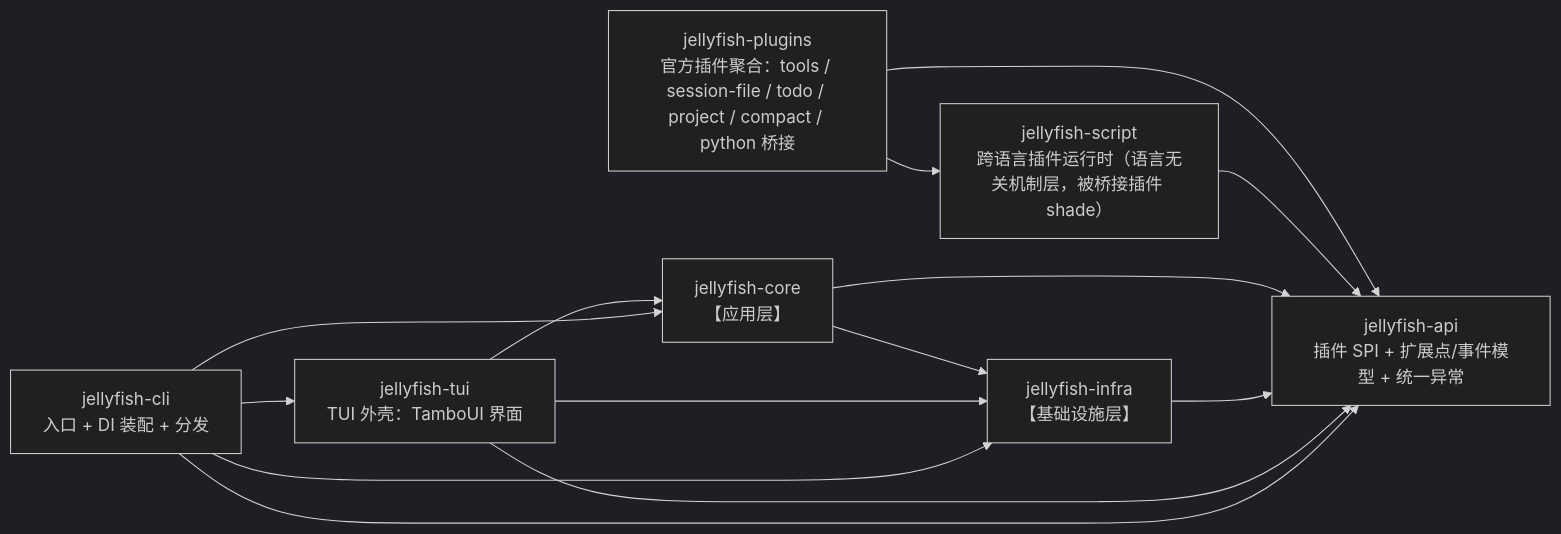
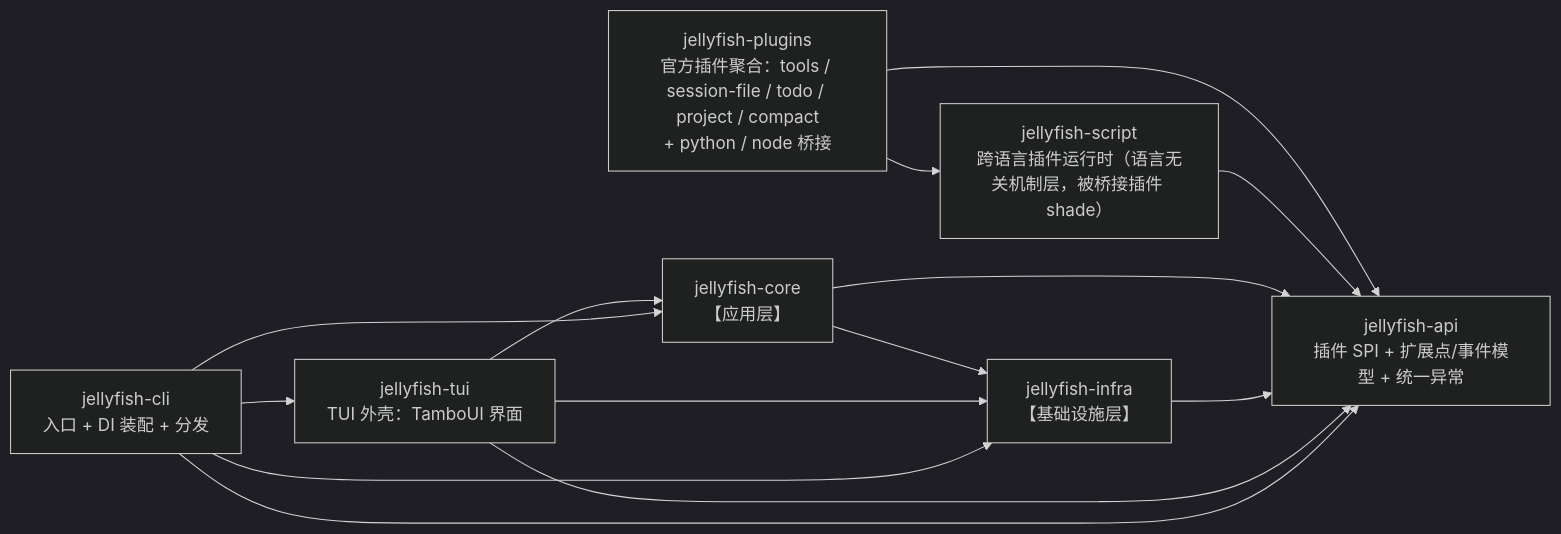
Before and after one commit to zcd0831/Jellyfish: the second of 2 diagrams in AGENTS.md, drawn with Mermaid (dark theme). The commit also changed other lines of this file and 3 other files, not shown here.

````diff
--- a/AGENTS.md
+++ b/AGENTS.md
@@ -175,24 +175,24 @@
 ```mermaid
 flowchart LR
     API["jellyfish-api<br>插件 SPI + 扩展点/事件模型 + 统一异常"]
-    PLUGINS["jellyfish-plugins<br>官方插件聚合：tools / session-file / todo / project / compact / python 桥接"]
+    PLUGINS["jellyfish-plugins<br>官方插件聚合：tools / session-file / todo / project / compact<br>+ python / node 桥接"]
     SCRIPT["jellyfish-script<br>跨语言插件运行时（语言无关机制层，被桥接插件 shade）"]
     INFRA["jellyfish-infra<br>【基础设施层】"]
     CORE["jellyfish-core<br>【应用层】"]
     TUI["jellyfish-tui<br>TUI 外壳：TamboUI 界面"]
     CLI["jellyfish-cli<br>入口 + DI 装配 + 分发"]
 
     PLUGINS --> API
     PLUGINS --> SCRIPT
     SCRIPT --> API
     CORE --> API
     CORE --> INFRA
     INFRA --> API
     TUI --> CORE
     TUI --> INFRA
     TUI --> API
     CLI --> CORE
     CLI --> INFRA
     CLI --> API
     CLI --> TUI
 ```
````
